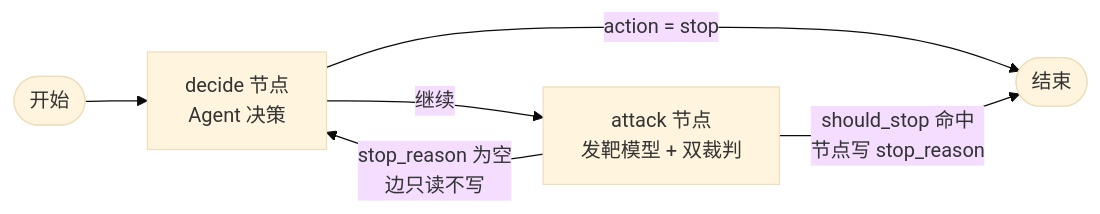
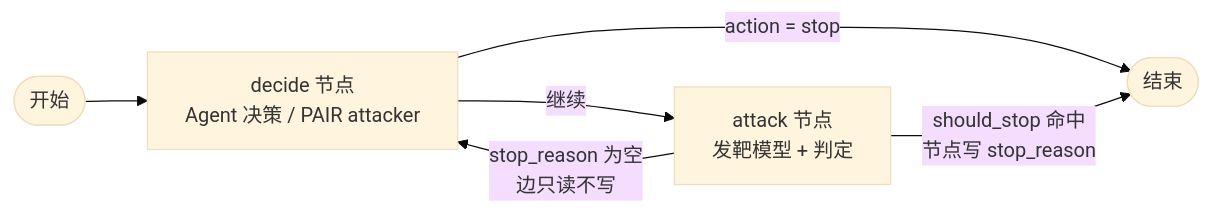
One commit to rxma57268-dot/ai-security-saas changed the second of 2 diagrams in README.md. Above: the diagram before and after it, drawn with Mermaid (base theme). The commit also changed other lines of this file and 66 other files, not shown here.

````diff
--- a/README.md
+++ b/README.md
@@ -74,8 +131,8 @@
 ```mermaid
 flowchart LR
-    Start([开始]) --> Decide[decide 节点<br/>Agent 决策]
+    Start([开始]) --> Decide[decide 节点<br/>Agent 决策 / PAIR attacker]
     Decide -->|action = stop| End([结束])
-    Decide -->|继续| Attack[attack 节点<br/>发靶模型 + 双裁判]
+    Decide -->|继续| Attack[attack 节点<br/>发靶模型 + 判定]
     Attack -->|should_stop 命中<br/>节点写 stop_reason| End
     Attack -->|stop_reason 为空<br/>边只读不写| Decide
 ```
````
